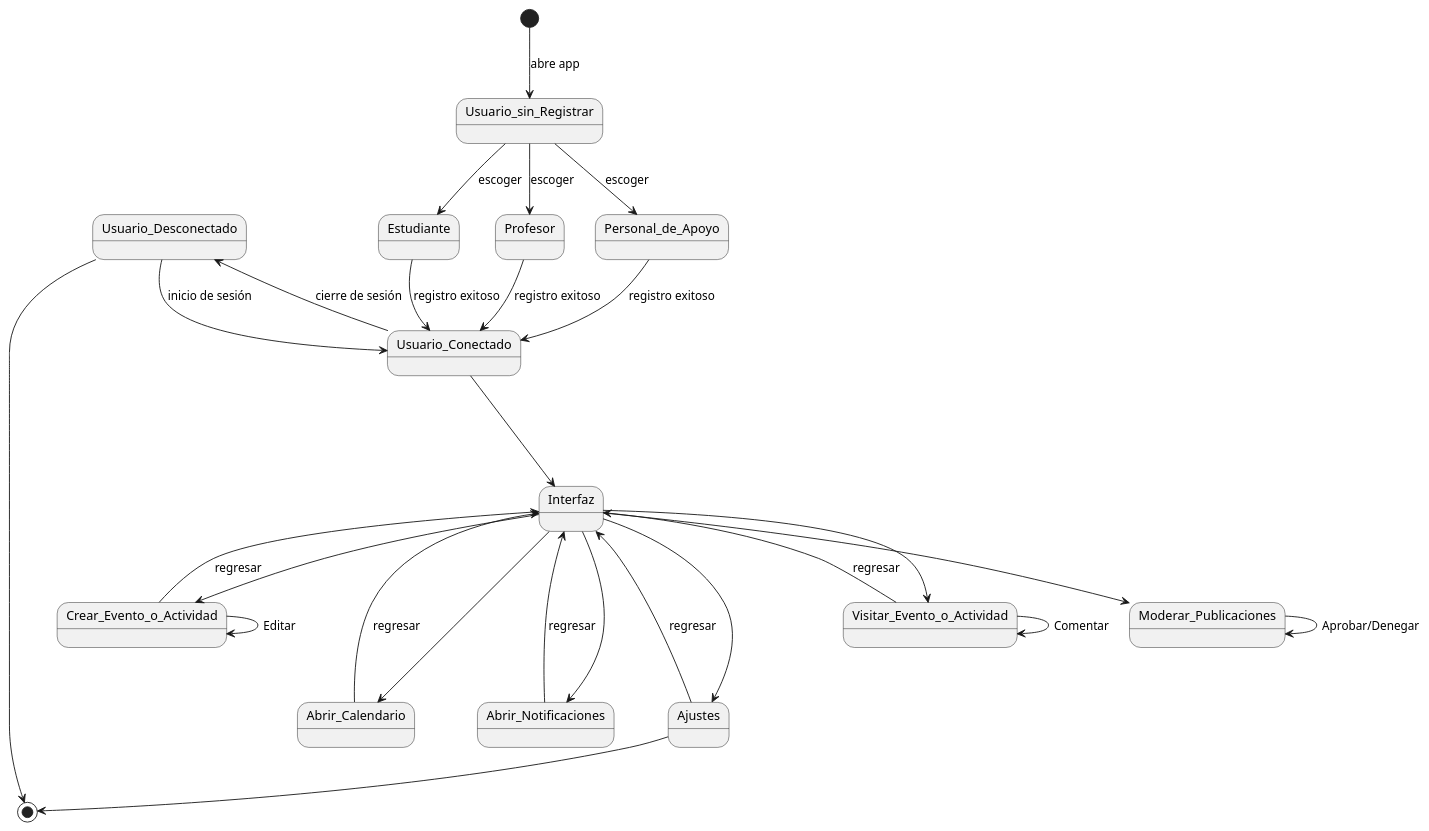
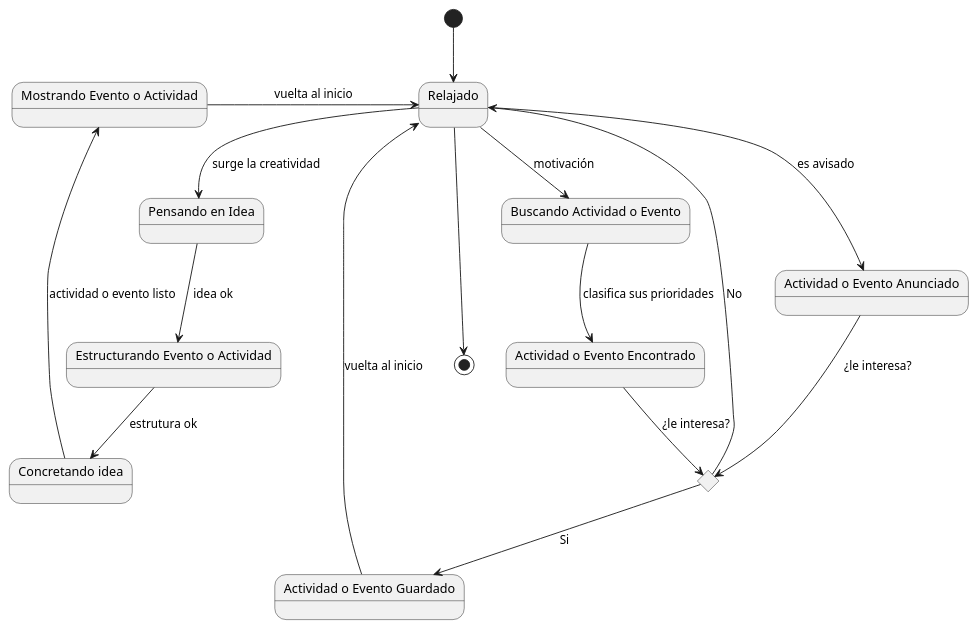
One commit to Candrixx/Proyecto_Ing_Software_Equipo_3 changed the diagram in docs/scenariosView/Status_Diagram.plantuml. Above: the diagram before and after it, drawn with PlantUML. The commit also changed 1 other file, not shown here.

```diff
--- a/docs/scenariosView/Status_Diagram.plantuml
+++ b/docs/scenariosView/Status_Diagram.plantuml
@@ -1,31 +1,59 @@
 @startuml diagrama_estados
-[*] --> Usuario_sin_Registrar : abre app
+state "Relajado" as neutro
+state "Actividad o Evento Anunciado" as avisado
+state "Buscando Actividad o Evento" as buscar
+state "Actividad o Evento Encontrado" as encuentra
+state "Actividad o Evento Guardado" as guardado
+state "Pensando en Idea" as pensando
+state "Estructurando Evento o Actividad" as estruturar
+state "Concretando idea" as concretar
+state "Mostrando Evento o Actividad" as mostrar
 
-Usuario_sin_Registrar --> Estudiante: escoger
-Usuario_sin_Registrar --> Profesor: escoger
-Usuario_sin_Registrar --> Personal_de_Apoyo: escoger
-Estudiante --> Usuario_Conectado : registro exitoso
-Profesor --> Usuario_Conectado: registro exitoso
-Personal_de_Apoyo --> Usuario_Conectado: registro exitoso
+state eleccion1 <<choice>>
 
-Usuario_Desconectado -> [*]
-Usuario_Desconectado -> Usuario_Conectado : inicio de sesión
-Usuario_Conectado ---> Interfaz
-Usuario_Conectado --> Usuario_Desconectado : cierre de sesión
-Interfaz--> Crear_Evento_o_Actividad
-Interfaz---> Abrir_Calendario
-Interfaz---> Abrir_Notificaciones
-Interfaz---> Ajustes
-Interfaz--> Visitar_Evento_o_Actividad
-Interfaz<-- Crear_Evento_o_Actividad : regresar
-Interfaz<- Abrir_Calendario : regresar
-Interfaz<-- Abrir_Notificaciones : regresar
-Interfaz<-- Ajustes : regresar
-Interfaz<-- Visitar_Evento_o_Actividad : regresar
-Visitar_Evento_o_Actividad --> Visitar_Evento_o_Actividad : Comentar
-Interfaz --> Moderar_Publicaciones
-Crear_Evento_o_Actividad --> Crear_Evento_o_Actividad : Editar
-Moderar_Publicaciones --> Moderar_Publicaciones : Aprobar/Denegar
+[*] --> neutro
+neutro --> avisado : es avisado
+neutro --> buscar : motivación
+buscar --> encuentra : clasifica sus prioridades 
+avisado --> eleccion1 : ¿le interesa?
+encuentra --> eleccion1 : ¿le interesa?
+eleccion1 --> neutro : No
+eleccion1 --> guardado : Si
+guardado --> neutro : vuelta al inicio
+neutro --> pensando : surge la creatividad
+pensando --> estruturar : idea ok
+estruturar --> concretar : estrutura ok
+concretar --> mostrar : actividad o evento listo
+mostrar -> neutro : vuelta al inicio
+neutro ---> [*]
 
-Ajustes --> [*]
+'[*] --> Usuario_sin_Registrar : abre app
+
+'Usuario_sin_Registrar --> Estudiante: escoger
+'Usuario_sin_Registrar --> Profesor: escoger
+'Usuario_sin_Registrar --> Personal_de_Apoyo: escoger
+'Estudiante --> Usuario_Conectado : registro exitoso
+'Profesor --> Usuario_Conectado: registro exitoso
+'Personal_de_Apoyo --> Usuario_Conectado: registro exitoso
+
+'Usuario_Desconectado -> [*]
+'Usuario_Desconectado -> Usuario_Conectado : inicio de sesión
+'Usuario_Conectado ---> Interfaz
+'Usuario_Conectado --> Usuario_Desconectado : cierre de sesión
+'Interfaz--> Crear_Evento_o_Actividad
+'Interfaz---> Abrir_Calendario
+'Interfaz---> Abrir_Notificaciones
+'Interfaz---> Ajustes
+'Interfaz--> Visitar_Evento_o_Actividad
+'Interfaz<-- Crear_Evento_o_Actividad : regresar
+'Interfaz<- Abrir_Calendario : regresar
+'Interfaz<-- Abrir_Notificaciones : regresar
+'Interfaz<-- Ajustes : regresar
+'Interfaz<-- Visitar_Evento_o_Actividad : regresar
+'Visitar_Evento_o_Actividad --> Visitar_Evento_o_Actividad : Comentar
+'Interfaz --> Moderar_Publicaciones
+'Crear_Evento_o_Actividad --> Crear_Evento_o_Actividad : Editar
+'Moderar_Publicaciones --> Moderar_Publicaciones : Aprobar/Denegar
+
+'Ajustes --> [*]
 @enduml
```
